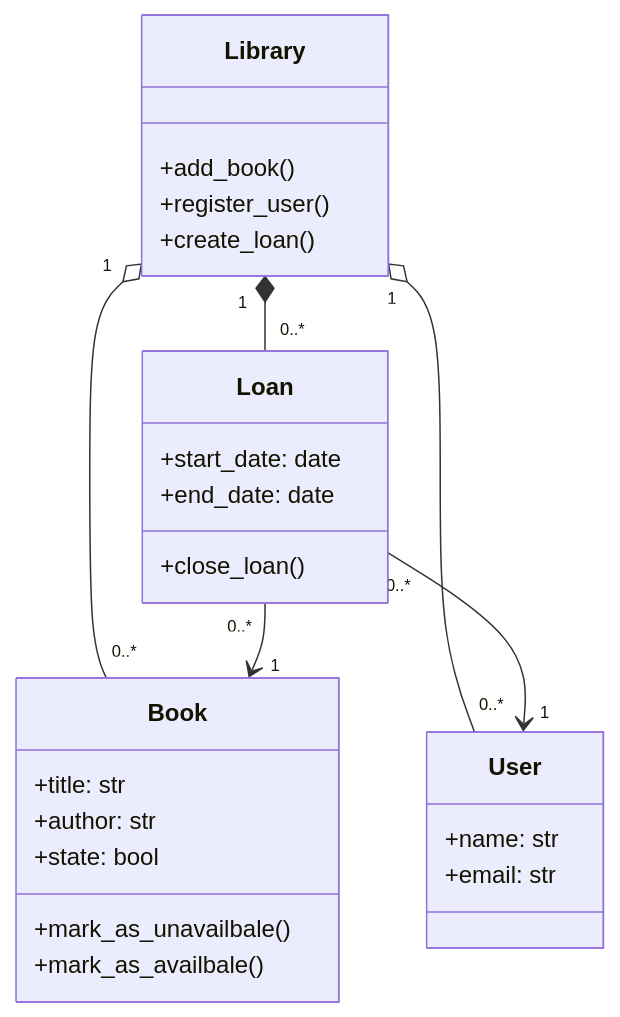
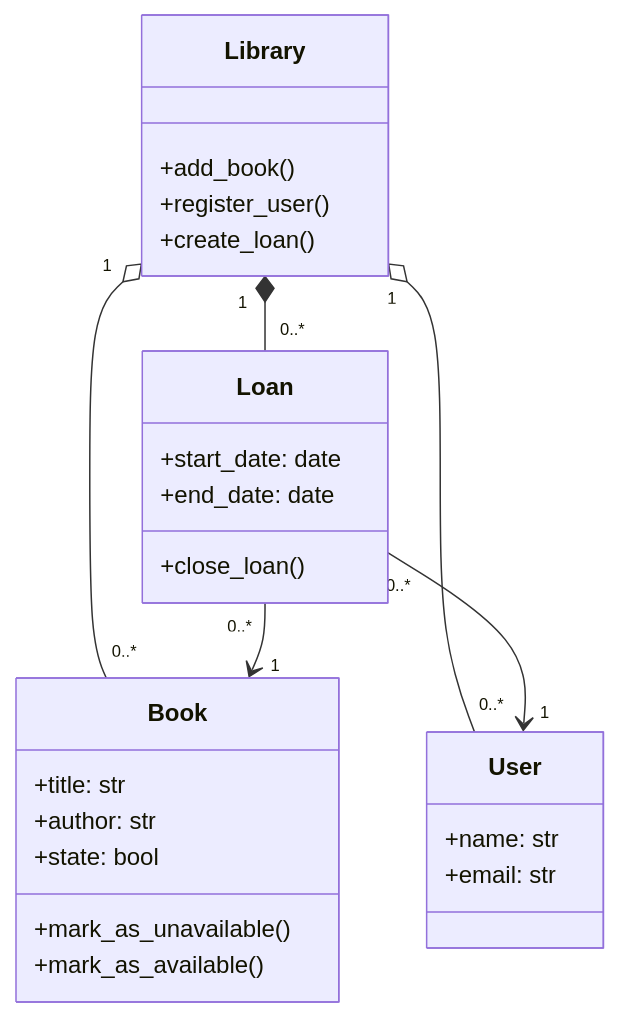
The diagram in uml_intro/0-class_diagram.mmd (rakanjazzar-eng/holbertonschool-sw_design_architecture), drawn with Mermaid before and after one commit.

````diff
--- a/uml_intro/0-class_diagram.mmd
+++ b/uml_intro/0-class_diagram.mmd
@@ -1,30 +1,30 @@
 ```mermaid
 classDiagram
-    class Library{
+    class Library {
         +add_book()
         +register_user()
         +create_loan()
-}
-class Book {
-    +title: str
-    +author: str
-    +state: bool
-    +mark_as_unavailbale()
-    +mark_as_availbale()
-}
-class User {
-    +name: str
-    +email: str
-}
-class Loan {
-    +start_date: date 
-    +end_date: date
-    +close_loan()
-}
+    }
+    class Book {
+        +title: str
+        +author: str
+        +state: bool
+        +mark_as_unavailable()
+        +mark_as_available()
+    }
+    class User {
+        +name: str
+        +email: str
+    }
+    class Loan {
+        +start_date: date
+        +end_date: date
+        +close_loan()
+    }
 
-Library "1" o-- "0..*" Book
-Library "1" o-- "0..*" User
-Library "1" *-- "0..*" Loan
-Loan "0..*" --> "1" Book
-Loan "0..*" --> "1" User
+    Library "1" o-- "0..*" Book
+    Library "1" o-- "0..*" User
+    Library "1" *-- "0..*" Loan
+    Loan "0..*" --> "1" Book
+    Loan "0..*" --> "1" User
 ```
````
